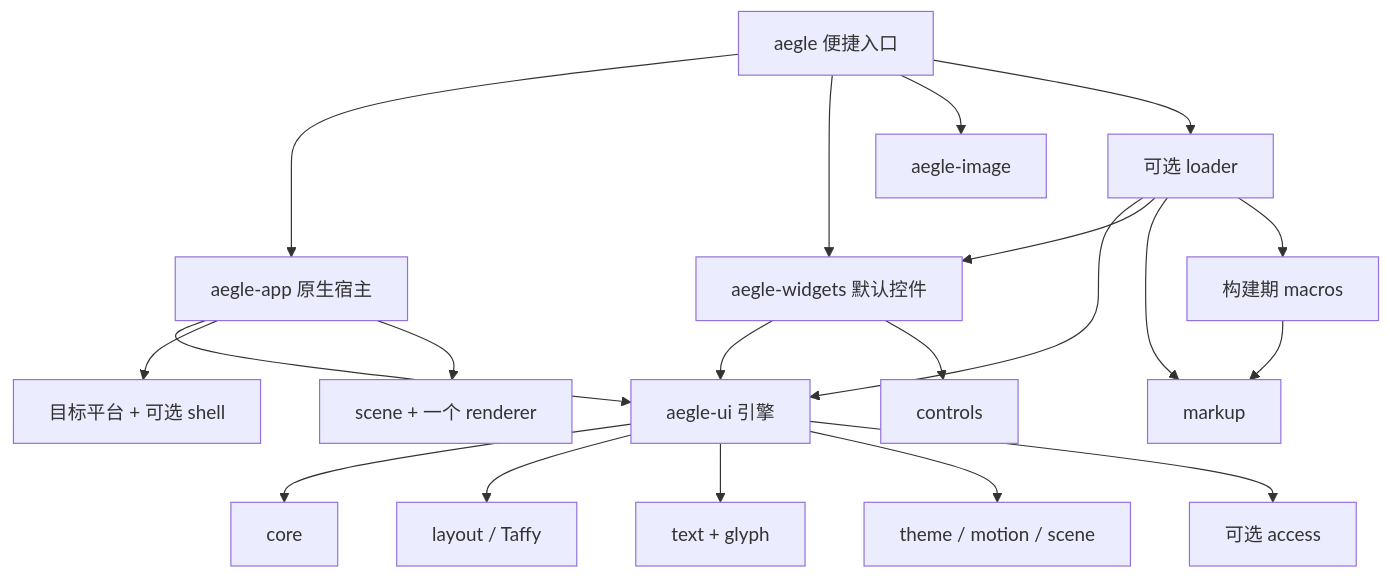
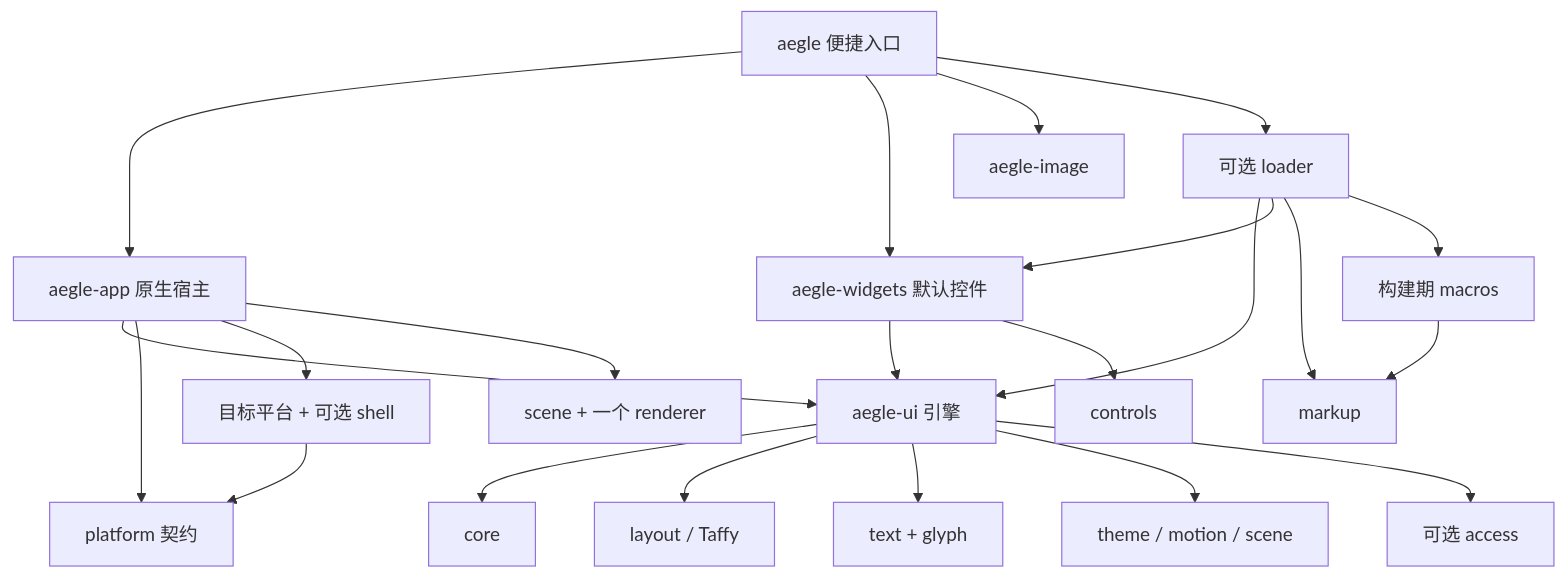
One commit to antinomie1/aegle changed the diagram in docs/modules.md. Above: the diagram before and after it, drawn with Mermaid. The commit also changed other lines of this file and 70 other files, not shown here.

First line of the commit message:
feat(platform): one platform contract for Wayland and Win32

````diff
--- a/docs/modules.md
+++ b/docs/modules.md
@@ -85,22 +88,24 @@
 ```mermaid
 flowchart TD
   Facade[aegle 便捷入口] --> App[aegle-app 原生宿主]
   Facade --> Widgets[aegle-widgets 默认控件]
   Facade --> Image[aegle-image]
   App --> Ui[aegle-ui 引擎]
-  App --> Platform[目标平台 + 可选 shell]
+  App --> Contract[platform 契约]
+  Platform[目标平台 + 可选 shell] --> Contract
+  App --> Platform
   App --> Render[scene + 一个 renderer]
   Widgets --> Ui
   Widgets --> Controls[controls]
   Ui --> Core[core]
   Ui --> Layout[layout / Taffy]
   Ui --> Text[text + glyph]
   Ui --> Visual[theme / motion / scene]
   Ui --> Access[可选 access]
   Facade --> Loader
   Loader[可选 loader] --> Ui
   Loader --> Widgets
   Loader --> Markup[markup]
   Loader --> Macros
   Macros[构建期 macros] --> Markup
 ```
````
